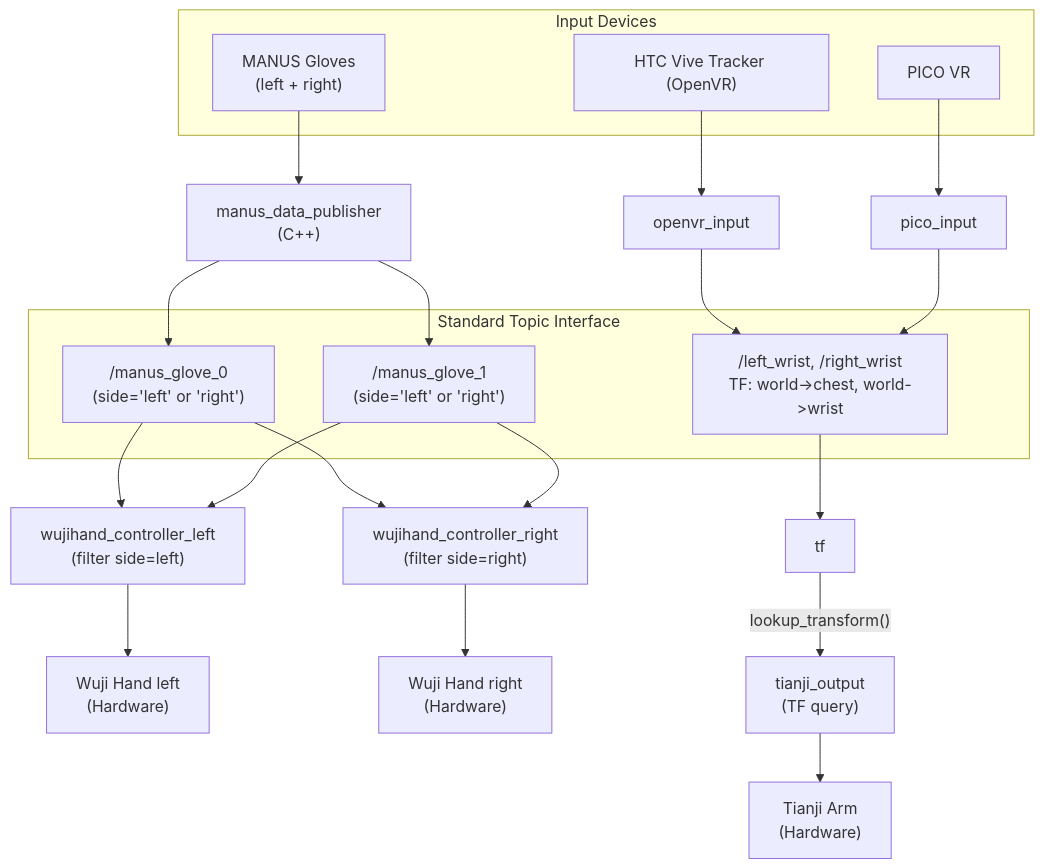
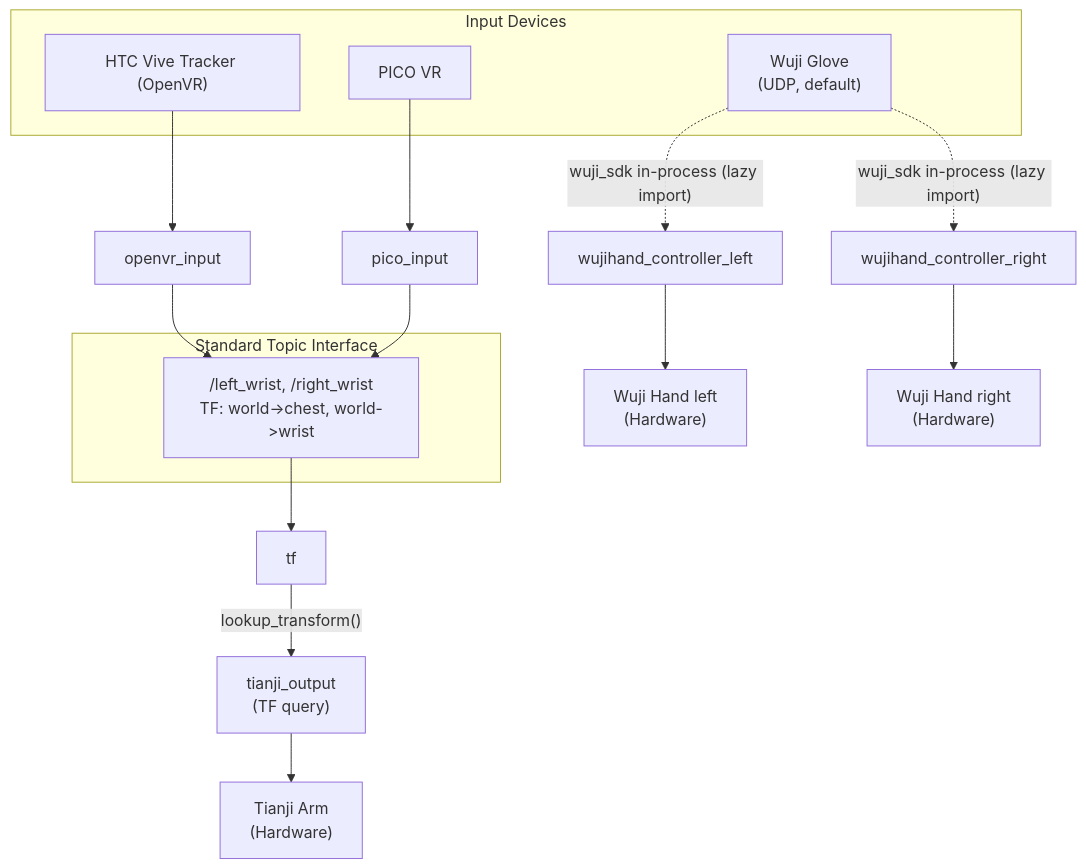
One commit to MSC-Wuji-Teleop/wuji-hand-teleop changed the diagram in README.md. Above: the diagram before and after it, drawn with Mermaid. The commit also changed other lines of this file and 2842 other files, not shown here.

````diff
--- a/README.md
+++ b/README.md
@@ -567,34 +561,29 @@
 ```mermaid
 graph TD
     subgraph Input["Input Devices"]
-        MANUS["MANUS Gloves<br/>(left + right)"]
+        WG["Wuji Glove<br/>(UDP, default)"]
         HTC["HTC Vive Tracker (OpenVR)"]
         PICO["PICO VR"]
     end
 
-    MANUS --> MD["manus_data_publisher<br/>(C++)"]
+    WG -. "wuji_sdk in-process (lazy import)" .-> CL
+    WG -. "wuji_sdk in-process (lazy import)" .-> CR
     HTC --> OI["openvr_input"]
     PICO --> PI["pico_input"]
 
     subgraph Topics["Standard Topic Interface"]
-        G0["/manus_glove_0<br/>(side='left' or 'right')"]
-        G1["/manus_glove_1<br/>(side='left' or 'right')"]
         WRIST["/left_wrist, /right_wrist<br/>TF: world->chest, world->wrist"]
     end
 
-    MD --> G0
-    MD --> G1
     OI --> WRIST
     PI --> WRIST
 
-    G0 --> CL["wujihand_controller_left<br/>(filter side=left)"]
-    G1 --> CL
-    G0 --> CR["wujihand_controller_right<br/>(filter side=right)"]
-    G1 --> CR
+    CL["wujihand_controller_left"]
+    CR["wujihand_controller_right"]
     WRIST --> TFN["tf"]
 
     CL --> WH_L["Wuji Hand left<br/>(Hardware)"]
     CR --> WH_R["Wuji Hand right<br/>(Hardware)"]
     TFN -->|"lookup_transform()"| TO["tianji_output<br/>(TF query)"]
     TO --> TA["Tianji Arm<br/>(Hardware)"]
 ```
````
